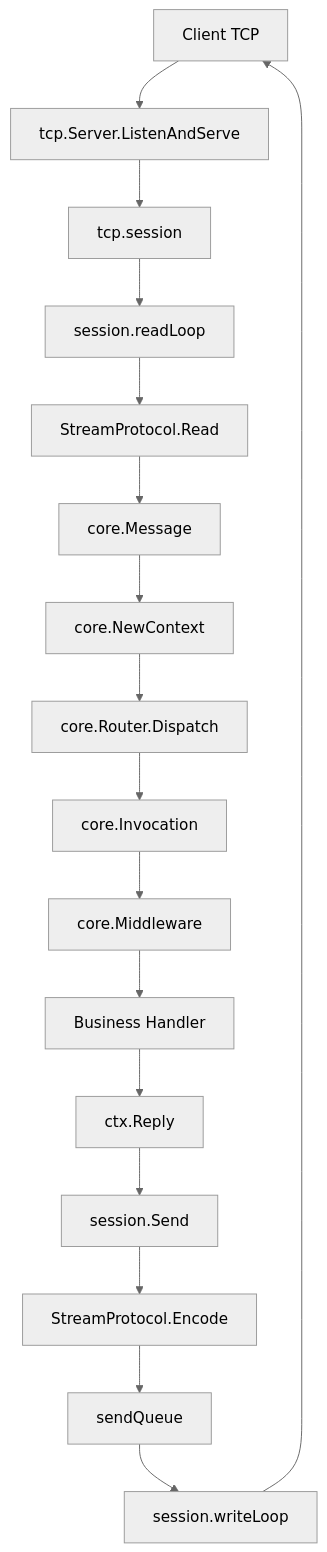
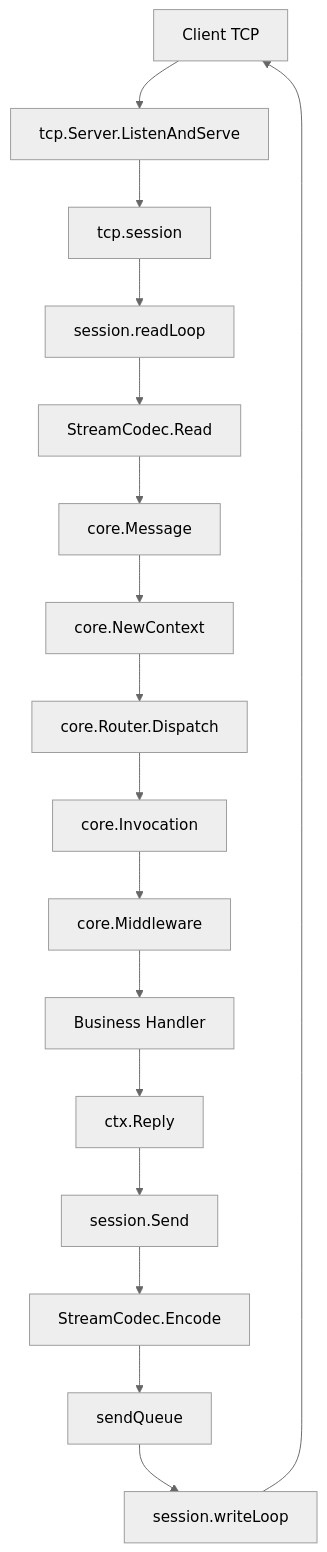
One commit to saramand9/kpro changed the second of 8 diagrams in docs/call-flow.md. Above: the diagram before and after it, drawn with Mermaid (neutral theme). The commit also changed other lines of this file and 151 other files, not shown here.

First line of the commit message:
refactor: clarify app architecture and codec layer

````diff
--- a/docs/call-flow.md
+++ b/docs/call-flow.md
@@ -62,19 +62,19 @@
 ```mermaid
 flowchart TD
     Client[Client TCP] --> Accept[tcp.Server.ListenAndServe]
     Accept --> Session[tcp.session]
     Session --> ReadLoop[session.readLoop]
-    ReadLoop --> ProtocolRead[StreamProtocol.Read]
+    ReadLoop --> ProtocolRead[StreamCodec.Read]
     ProtocolRead --> Message[core.Message]
     Message --> Context[core.NewContext]
     Context --> Dispatch[core.Router.Dispatch]
     Dispatch --> Invocation[core.Invocation]
     Invocation --> Middleware[core.Middleware]
     Middleware --> Handler[Business Handler]
     Handler --> Reply[ctx.Reply]
     Reply --> Send[session.Send]
-    Send --> Encode[StreamProtocol.Encode]
+    Send --> Encode[StreamCodec.Encode]
     Encode --> Queue[sendQueue]
     Queue --> WriteLoop[session.writeLoop]
     WriteLoop --> Client
 ```
````
